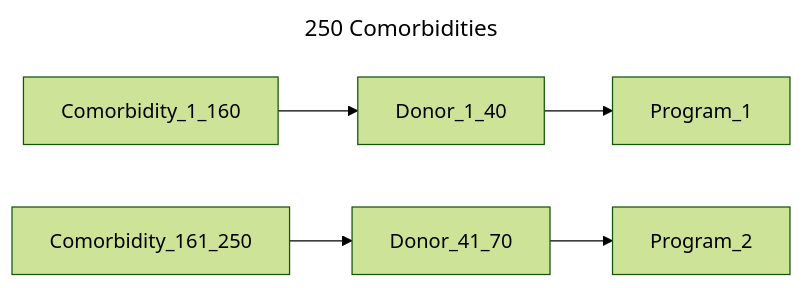
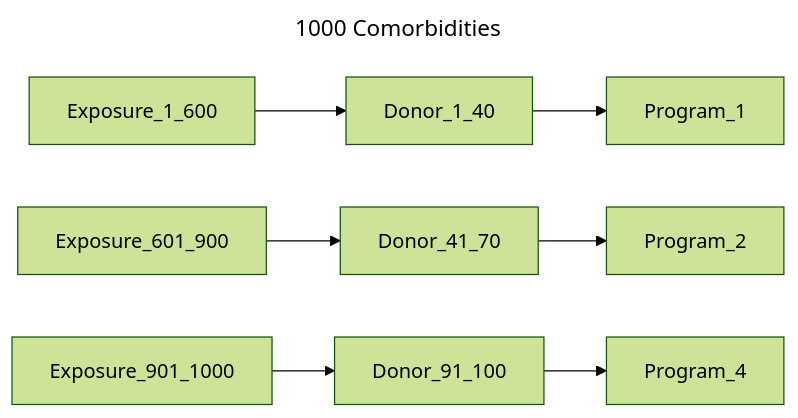
Diagram 13 of 14 in chord_metadata_service/mohpackets/data/medium_dataset/README.md (bento-platform/katsu), drawn with Mermaid (forest theme) before and after one commit. The commit also changed other lines of this file, not shown here.

````diff
--- a/chord_metadata_service/mohpackets/data/medium_dataset/README.md
+++ b/chord_metadata_service/mohpackets/data/medium_dataset/README.md
@@ -155,8 +158,9 @@
 ```mermaid
 ---
-title: 250 Comorbidities
+title: 1000 Comorbidities
 ---
 graph LR;  
-  Comorbidity_1_160 --> Donor_1_40 --> Program_1;
-  Comorbidity_161_250 --> Donor_41_70 --> Program_2;
+  Exposure_1_600 --> Donor_1_40 --> Program_1;
+  Exposure_601_900 --> Donor_41_70 --> Program_2; 
+  Exposure_901_1000 --> Donor_91_100 --> Program_4; 
 ```
````
